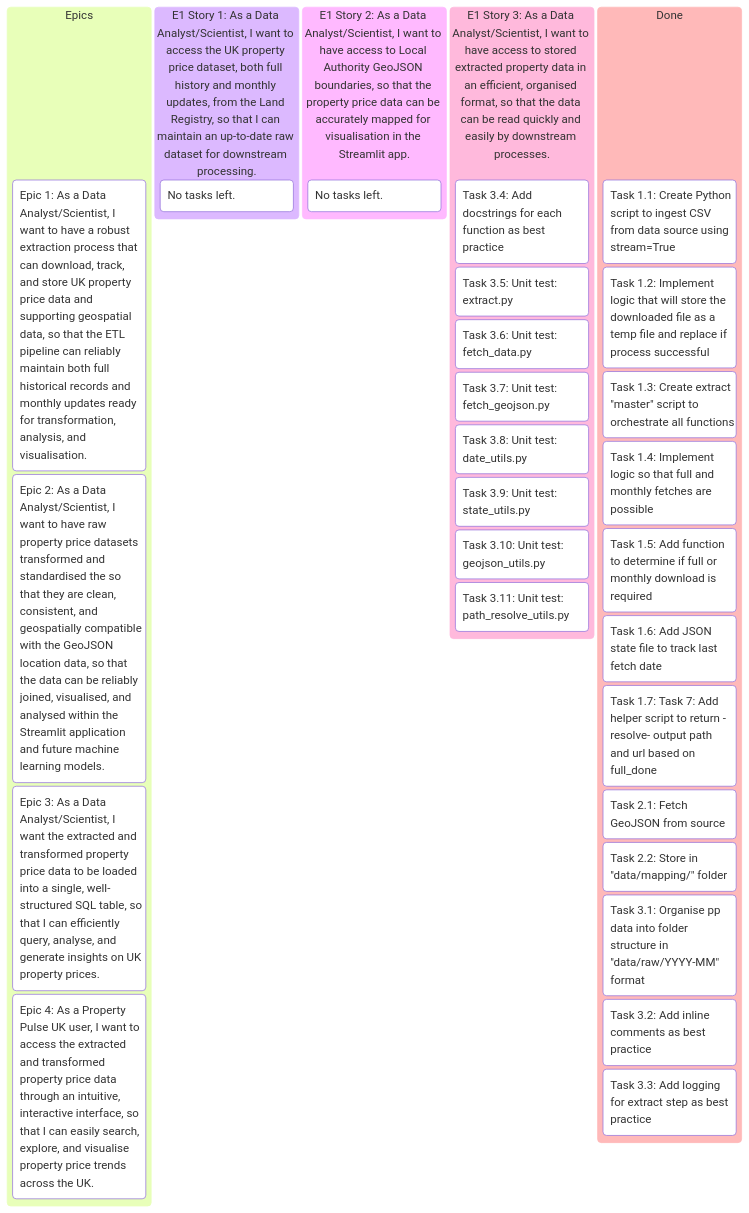
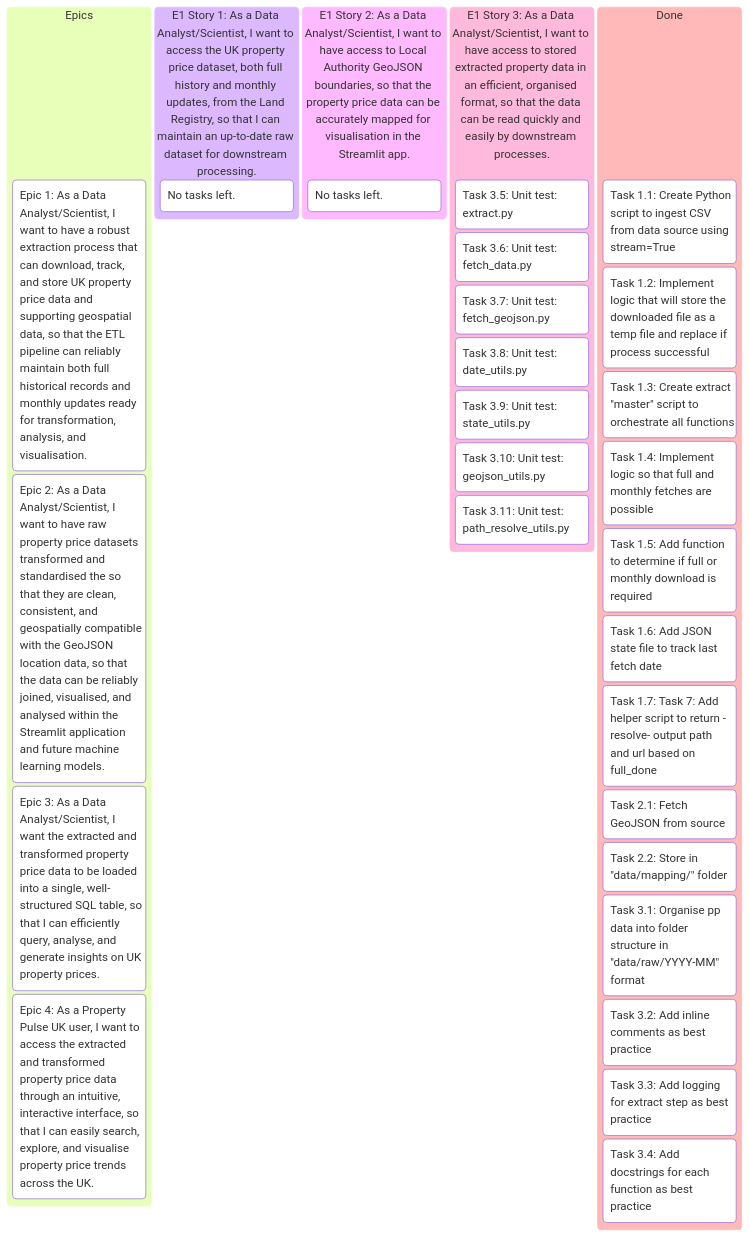
Before and after one commit to pavlekovic/property-pulse-uk: the first of 2 diagrams in README.md, drawn with Mermaid. The commit also changed other lines of this file and 8 other files, not shown here.

````diff
--- a/README.md
+++ b/README.md
@@ -179,42 +179,42 @@
 ```mermaid
 kanban
     Epics
         (Epic 1: As a Data Analyst/Scientist, I want to have a robust extraction process that can download, track, and store UK property price data and supporting geospatial data, so that the ETL pipeline can reliably maintain both full historical records and monthly updates ready for transformation, analysis, and visualisation.)
 
         (Epic 2: As a Data Analyst/Scientist, I want to have raw property price datasets transformed and standardised the so that they are clean, consistent, and geospatially compatible with the GeoJSON location data, so that the data can be reliably joined, visualised, and analysed within the Streamlit application and future machine learning models.)
 
         (Epic 3: As a Data Analyst/Scientist, I want the extracted and transformed property price data to be loaded into a single, well-structured SQL table, so that I can efficiently query, analyse, and generate insights on UK property prices.)
 
         (Epic 4: As a Property Pulse UK user, I want to access the extracted and transformed property price data through an intuitive, interactive interface, so that I can easily search, explore, and visualise property price trends across the UK.)
 
     (E1 Story 1: As a Data Analyst/Scientist, I want to access the UK property price dataset, both full history and monthly updates, from the Land Registry, so that I can maintain an up-to-date raw dataset for downstream processing.)
         No tasks left.
 
     (E1 Story 2: As a Data Analyst/Scientist, I want to have access to Local Authority GeoJSON boundaries, so that the property price data can be accurately mapped for visualisation in the Streamlit app.)
         No tasks left.
 
     (E1 Story 3: As a Data Analyst/Scientist, I want to have access to stored extracted property data in an efficient, organised format, so that the data can be read quickly and easily by downstream processes.)
-        Task 3.4: Add docstrings for each function as best practice
         Task 3.5: Unit test: extract.py
         Task 3.6: Unit test: fetch_data.py
         Task 3.7: Unit test: fetch_geojson.py
         Task 3.8: Unit test: date_utils.py
         Task 3.9: Unit test: state_utils.py
         Task 3.10: Unit test: geojson_utils.py
         Task 3.11: Unit test: path_resolve_utils.py
         
     Done
         Task 1.1: Create Python script to ingest CSV from data source using stream=True
         Task 1.2: Implement logic that will store the downloaded file as a temp file and replace if process successful
         Task 1.3: Create extract "master" script to orchestrate all functions
         Task 1.4: Implement logic so that full and monthly fetches are possible
         Task 1.5: Add function to determine if full or monthly download is required
         Task 1.6: Add JSON state file to track last fetch date
         Task 1.7: Task 7: Add helper script to return -resolve- output path and url based on full_done
         Task 2.1: Fetch GeoJSON from source
         Task 2.2: Store in "data/mapping/" folder
         Task 3.1: Organise pp data into folder structure in "data/raw/YYYY-MM" format
         Task 3.2: Add inline comments as best practice
         Task 3.3: Add logging for extract step as best practice
+        Task 3.4: Add docstrings for each function as best practice
      
 ```
````
